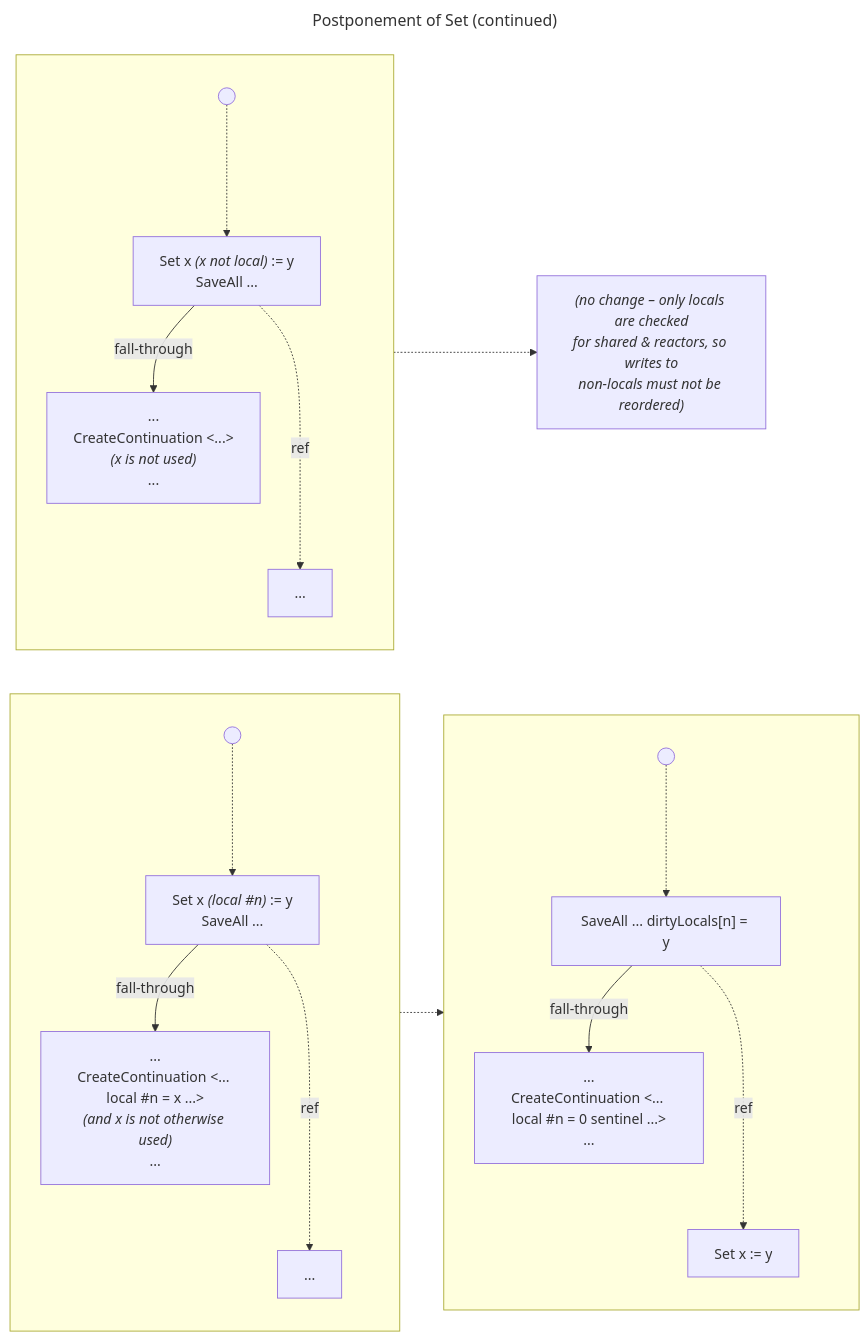
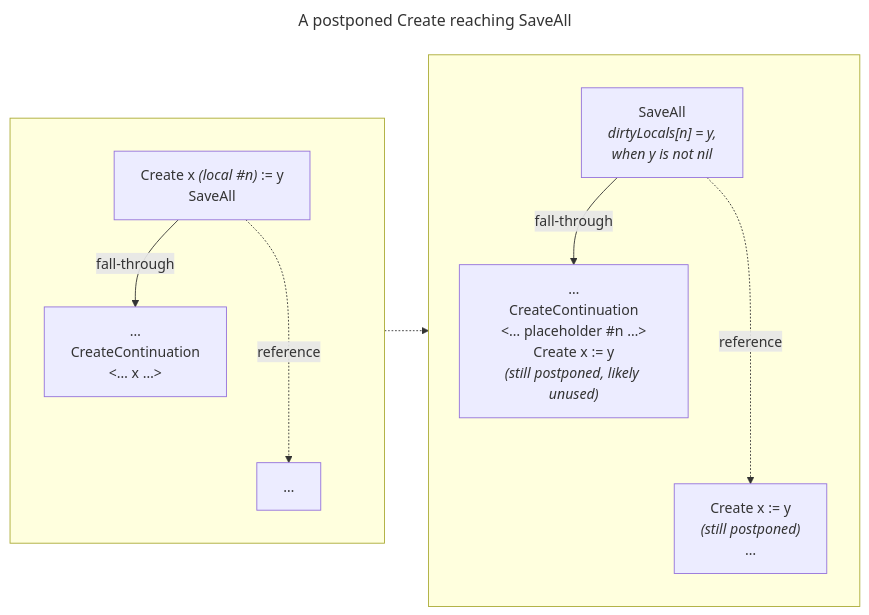
The third of 3 diagrams in avail/doc/Optimization/Level_Two/Variable_elision.md (AvailLang/Avail), drawn with Mermaid before and after one commit. The commit also changed other lines of this file and 10 other files, not shown here.

````diff
--- a/avail/doc/Optimization/Level_Two/Variable_elision.md
+++ b/avail/doc/Optimization/Level_Two/Variable_elision.md
@@ -145,29 +177,27 @@
 ```mermaid
 ---
-title: Postponement of Set (continued)
+title: A postponed Create reaching SaveAll
 ---
 flowchart LR
- subgraph Save["&nbsp;"]
+ subgraph Before["&nbsp;"]
   direction TB
-  SaveIntro(("&nbsp;")) ..-> SaveHead
-  SaveHead["Set x <i>(local #n)</i> := y<br>SaveAll ..."]
-  SaveHead ..->|ref| SaveRef["..."]
-  SaveHead -->|fall-through| SaveFall["...<br>CreateContinuation <... local #n = x ...><br><i>(and x is not otherwise used)</i><br>..."]
+  BeforeHead["Create x <i>(local #n)</i> := y<br>SaveAll"]
+  BeforeRef["…"]
+  BeforeFall["…<br>CreateContinuation<br>&lt;… x …&gt;"]
+  BeforeHead ..->|reference| BeforeRef
+  BeforeHead -->|fall-through| BeforeFall
  end
- subgraph Save'["&nbsp;"]
+ subgraph After["&nbsp;"]
   direction TB
-  SaveIntro'(("&nbsp;")) ..-> SaveHead'
-  SaveHead'["SaveAll ... dirtyLocals[n] = y"]
-  SaveHead' ..->|ref| SaveRef'["Set x := y"]
-  SaveHead' -->|fall-through| SaveFall'["...<br>CreateContinuation <... local #n = 0 sentinel ...><br>..."]
+  AfterHead["SaveAll<br><i>dirtyLocals[n] = y,<br>when y is not nil</i>"]
+  AfterRef["Create x := y<br><i>(still postponed)</i><br>…"]
+  AfterFall["`…
+  CreateContinuation
+  &lt;… placeholder #n …&gt;
+  Create x := y
+  *(still postponed, likely unused)*`"]
+  AfterHead ..->|reference| AfterRef
+  AfterHead -->|fall-through| AfterFall
  end
- Save .-> Save'
- subgraph Other["&nbsp;"]
-  direction TB
-  OtherIntro(("&nbsp;")) ..-> OtherHead
-  OtherHead["Set x <i>(x not local)</i> := y<br>SaveAll ..."]
-  OtherHead ..->|ref| OtherRef["..."]
-  OtherHead -->|fall-through| OtherFall["...<br>CreateContinuation <...><br><i>(x is not used)</i><br>..."]
- end
- Other .-> Other'["<i>(no change – only locals are checked<br>for shared & reactors, so writes to<br>non-locals must not be reordered)</i>"]
+ Before .-> After
 ```
````
